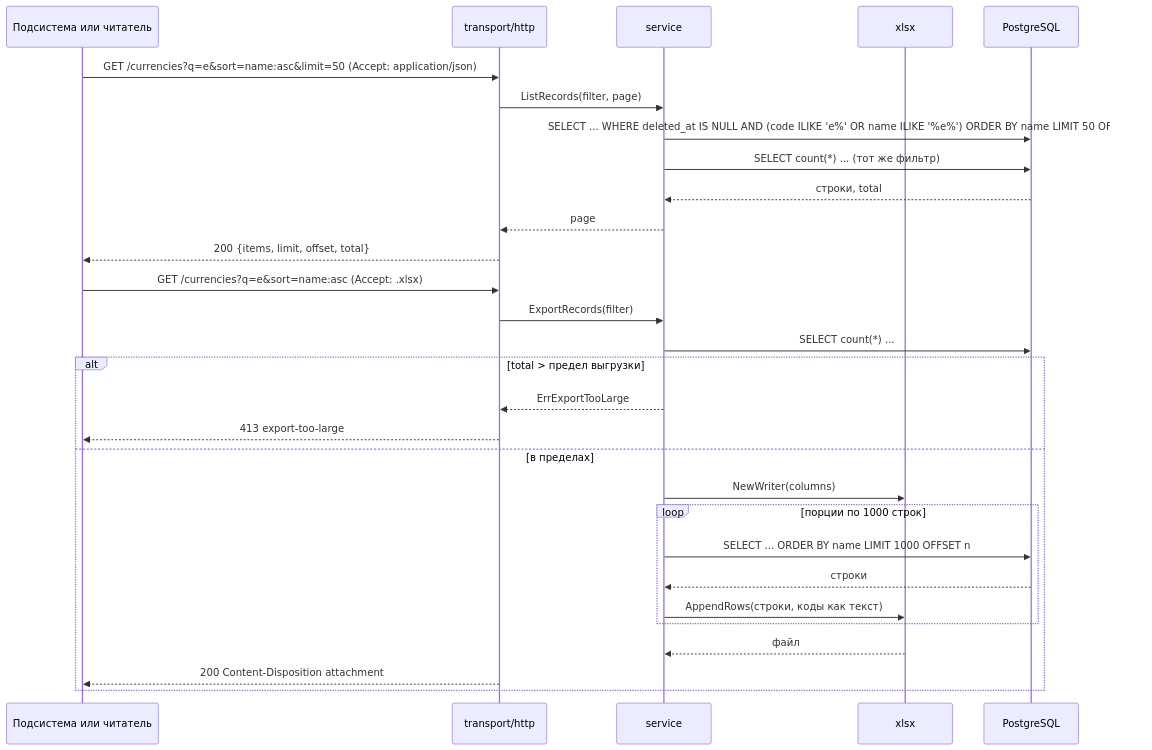
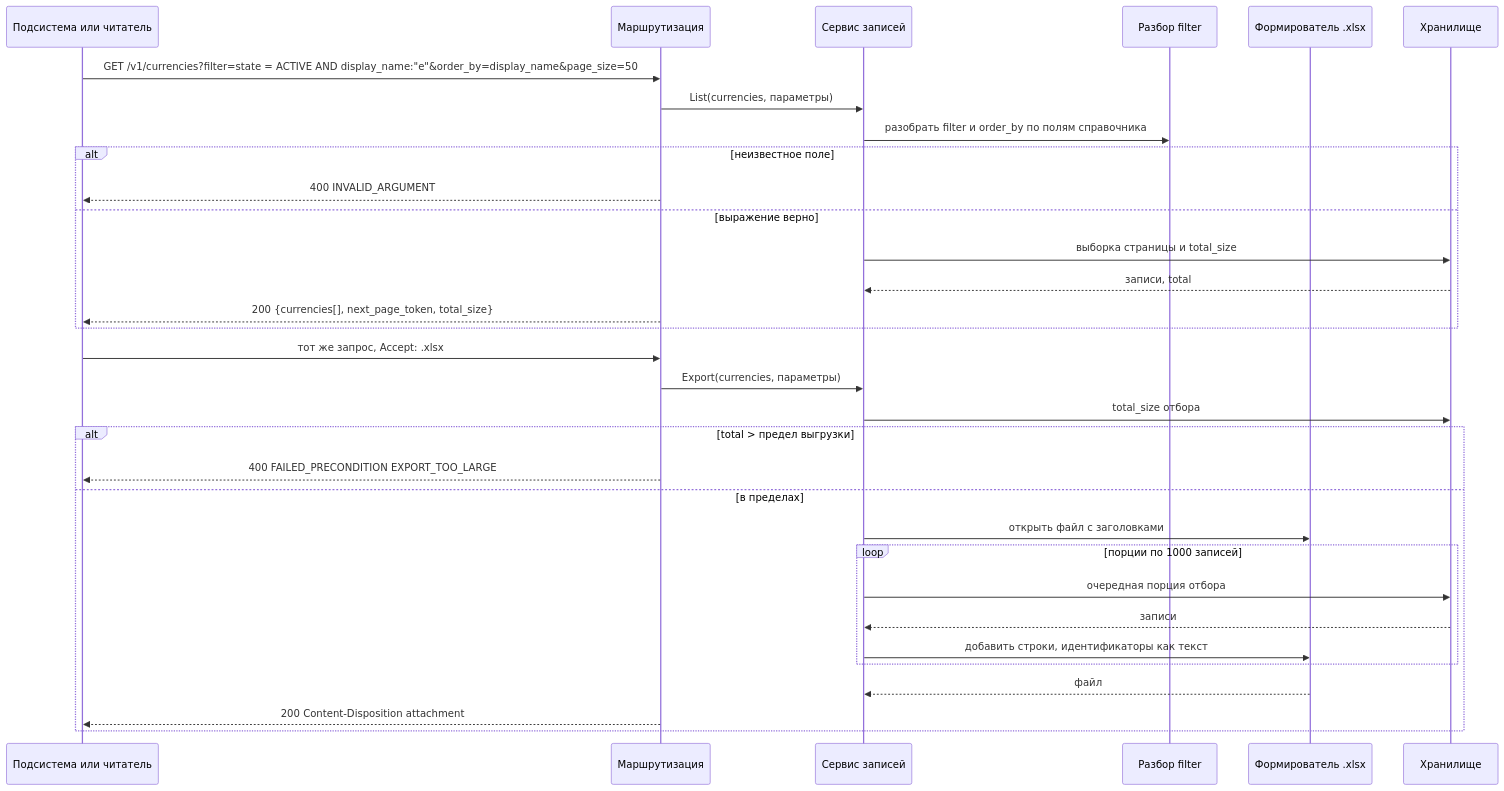
One commit to MEPhI-C22-501/arch-info-system-monorepo changed the third of 7 diagrams in reference-manager/docs/block-i-integration-and-deployment/155.sequence-diagrams.md. Above: the diagram before and after it, drawn with Mermaid. The commit also changed other lines of this file and 30 other files, not shown here.

````diff
--- a/reference-manager/docs/block-i-integration-and-deployment/155.sequence-diagrams.md
+++ b/reference-manager/docs/block-i-integration-and-deployment/155.sequence-diagrams.md
@@ -92,31 +84,34 @@
 ```mermaid
 sequenceDiagram
     participant C as Подсистема или читатель
-    participant H as transport/http
-    participant S as service
-    participant X as xlsx
-    participant DB as PostgreSQL
-    C->>H: GET /currencies?q=e&sort=name:asc&limit=50 (Accept: application/json)
-    H->>S: ListRecords(filter, page)
-    S->>DB: SELECT ... WHERE deleted_at IS NULL AND (code ILIKE 'e%' OR name ILIKE '%e%') ORDER BY name LIMIT 50 OFFSET 0
-    S->>DB: SELECT count(*) ... (тот же фильтр)
-    DB-->>S: строки, total
-    S-->>H: page
-    H-->>C: 200 {items, limit, offset, total}
-    C->>H: GET /currencies?q=e&sort=name:asc (Accept: .xlsx)
-    H->>S: ExportRecords(filter)
-    S->>DB: SELECT count(*) ...
+    participant H as Маршрутизация
+    participant S as Сервис записей
+    participant F as Разбор filter
+    participant X as Формирователь .xlsx
+    participant R as Хранилище
+    C->>H: GET /v1/currencies?filter=state = ACTIVE AND display_name:"e"&order_by=display_name&page_size=50
+    H->>S: List(currencies, параметры)
+    S->>F: разобрать filter и order_by по полям справочника
+    alt неизвестное поле
+        H-->>C: 400 INVALID_ARGUMENT
+    else выражение верно
+        S->>R: выборка страницы и total_size
+        R-->>S: записи, total
+        H-->>C: 200 {currencies[], next_page_token, total_size}
+    end
+    C->>H: тот же запрос, Accept: .xlsx
+    H->>S: Export(currencies, параметры)
+    S->>R: total_size отбора
     alt total > предел выгрузки
-        S-->>H: ErrExportTooLarge
-        H-->>C: 413 export-too-large
+        H-->>C: 400 FAILED_PRECONDITION EXPORT_TOO_LARGE
     else в пределах
-        S->>X: NewWriter(columns)
-        loop порции по 1000 строк
-            S->>DB: SELECT ... ORDER BY name LIMIT 1000 OFFSET n
-            DB-->>S: строки
-            S->>X: AppendRows(строки, коды как текст)
+        S->>X: открыть файл с заголовками
+        loop порции по 1000 записей
+            S->>R: очередная порция отбора
+            R-->>S: записи
+            S->>X: добавить строки, идентификаторы как текст
         end
         X-->>S: файл
         H-->>C: 200 Content-Disposition attachment
     end
 ```
````
